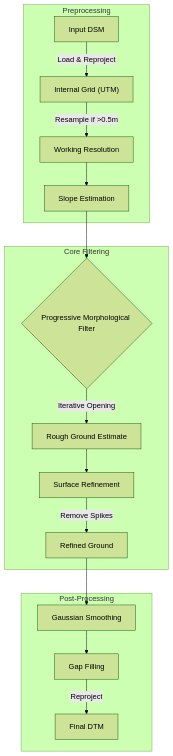
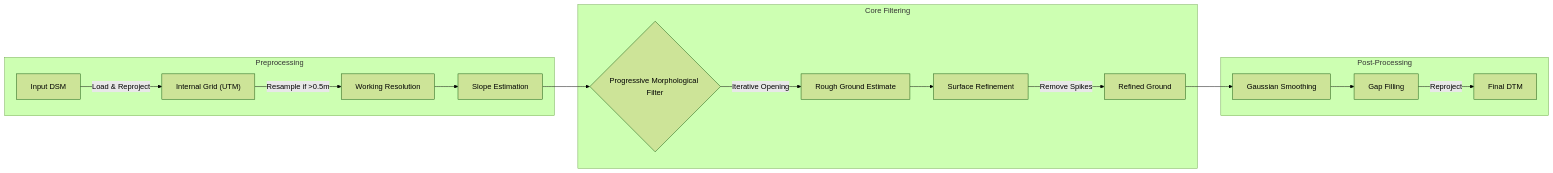
One commit to seedlit/dsm2dtm changed the diagram in README.md. Above: the diagram before and after it, drawn with Mermaid (forest theme).

````diff
--- a/README.md
+++ b/README.md
@@ -102,21 +102,21 @@
 ```mermaid
-graph TD
+graph LR
     subgraph Preprocessing [Preprocessing]
         A["Input DSM"] -->|Load & Reproject| B["Internal Grid (UTM)"];
         B -->|Resample if >0.5m| C["Working Resolution"];
         C --> D["Slope Estimation"];
     end
 
     subgraph Core [Core Filtering]
         D --> E{"Progressive Morphological Filter"};
         E -->|Iterative Opening| F["Rough Ground Estimate"];
         F --> G["Surface Refinement"];
         G -->|Remove Spikes| H["Refined Ground"];
     end
 
     subgraph Post [Post-Processing]
         H --> I["Gaussian Smoothing"];
         I --> J["Gap Filling"];
         J -->|Reproject| K["Final DTM"];
     end
 ```
````
